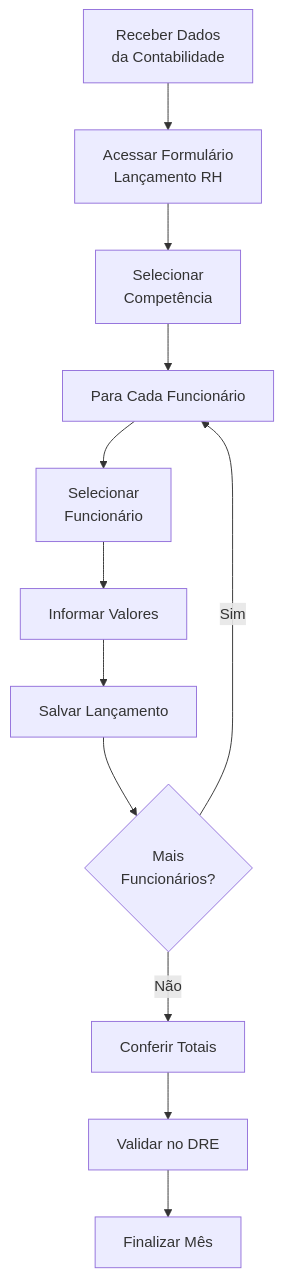
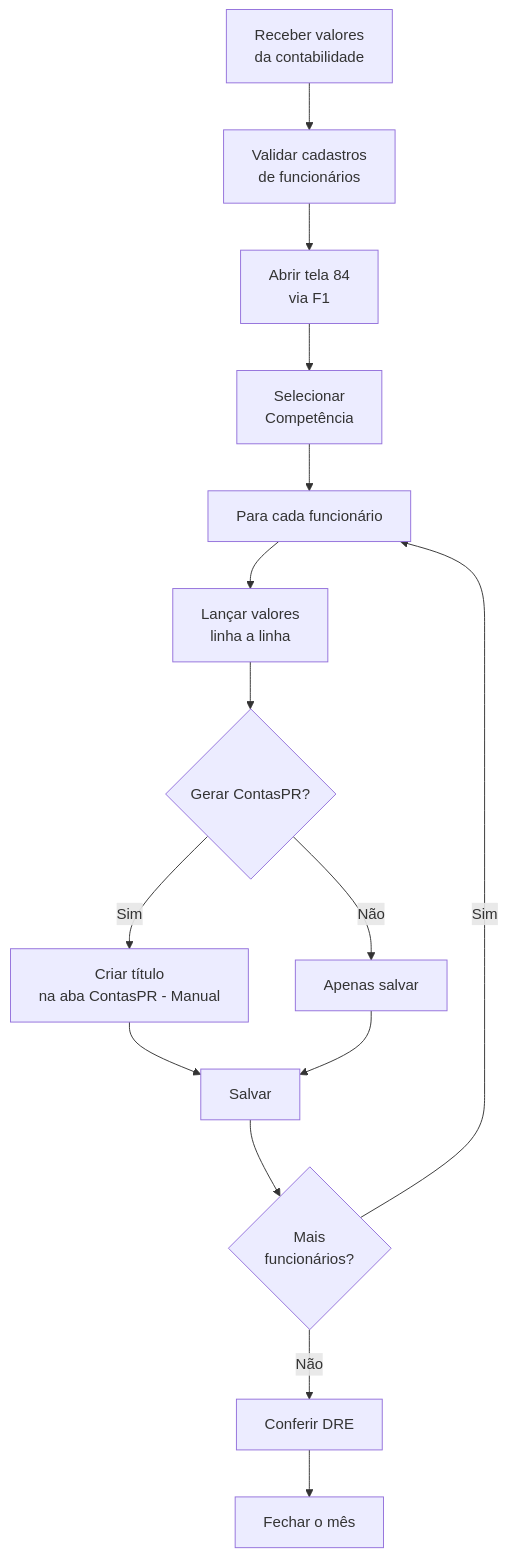
Before and after one commit to hetosoft/documentacao-solnet: the diagram in RH/processo_mensal.md, drawn with Mermaid. The commit also changed other lines of this file and 5 other files, not shown here.

````diff
--- a/RH/processo_mensal.md
+++ b/RH/processo_mensal.md
@@ -13,14 +21,17 @@
 ```mermaid
 graph TD
-    A[Receber Dados<br/>da Contabilidade] --> B[Acessar Formulário<br/>Lançamento RH]
-    B --> C[Selecionar<br/>Competência]
-    C --> D[Para Cada Funcionário]
-    D --> E[Selecionar<br/>Funcionário]
-    E --> F[Informar Valores]
-    F --> G[Salvar Lançamento]
-    G --> H{Mais<br/>Funcionários?}
-    H -->|Sim| D
-    H -->|Não| I[Conferir Totais]
-    I --> J[Validar no DRE]
-    J --> K[Finalizar Mês]
+    A[Receber valores<br/>da contabilidade] --> B[Validar cadastros<br/>de funcionários]
+    B --> C[Abrir tela 84<br/>via F1]
+    C --> D[Selecionar<br/>Competência]
+    D --> E[Para cada funcionário]
+    E --> F[Lançar valores<br/>linha a linha]
+    F --> G{Gerar ContasPR?}
+    G -->|Sim| H[Criar título<br/>na aba ContasPR - Manual]
+    G -->|Não| I[Apenas salvar]
+    H --> J[Salvar]
+    I --> J
+    J --> K{Mais<br/>funcionários?}
+    K -->|Sim| E
+    K -->|Não| L[Conferir DRE]
+    L --> M[Fechar o mês]
 ```
````
